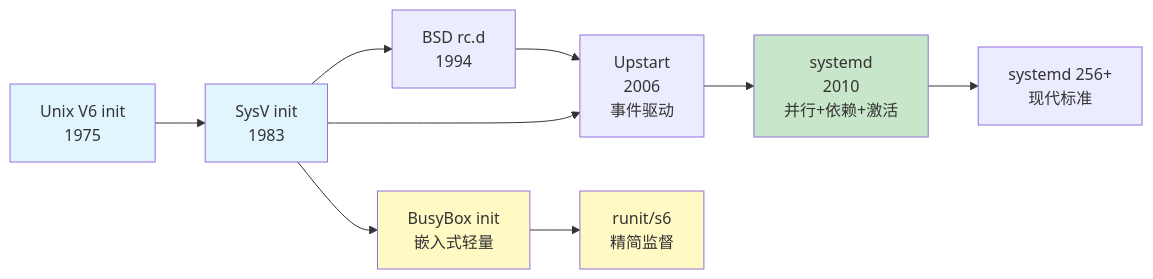
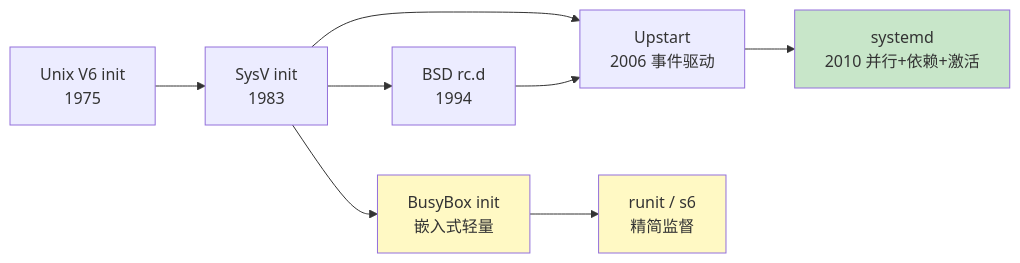
Before and after one commit to xiaohong0925/Embedded_Knowledge_System_V2026: the first of 2 diagrams in docs/02-核心机制深度解析/第7章 启动链深度解析/7.6.3_从init到systemd_初始化系统的演进.md, drawn with Mermaid. The commit also changed other lines of this file and 20 other files, not shown here.

````diff
--- a/docs/02-核心机制深度解析/第7章 启动链深度解析/7.6.3_从init到systemd_初始化系统的演进.md
+++ b/docs/02-核心机制深度解析/第7章 启动链深度解析/7.6.3_从init到systemd_初始化系统的演进.md
@@ -74,17 +60,14 @@
 ```mermaid
 graph LR
     A[Unix V6 init<br>1975] --> B[SysV init<br>1983]
     B --> C[BSD rc.d<br>1994]
-    C --> D[Upstart<br>2006<br>事件驱动]
-    B --> D
-    D --> E[systemd<br>2010<br>并行+依赖+激活]
+    B --> D[Upstart<br>2006 事件驱动]
+    C --> D
+    D --> E[systemd<br>2010 并行+依赖+激活]
     B --> F[BusyBox init<br>嵌入式轻量]
-    F --> G[runit/s6<br>精简监督]
-    E --> H[systemd 256+<br>现代标准]
-    
-    style A fill:#e1f5fe
-    style B fill:#e1f5fe
+    F --> G[runit / s6<br>精简监督]
+
     style E fill:#c8e6c9
     style F fill:#fff9c4
     style G fill:#fff9c4
 ```
````
